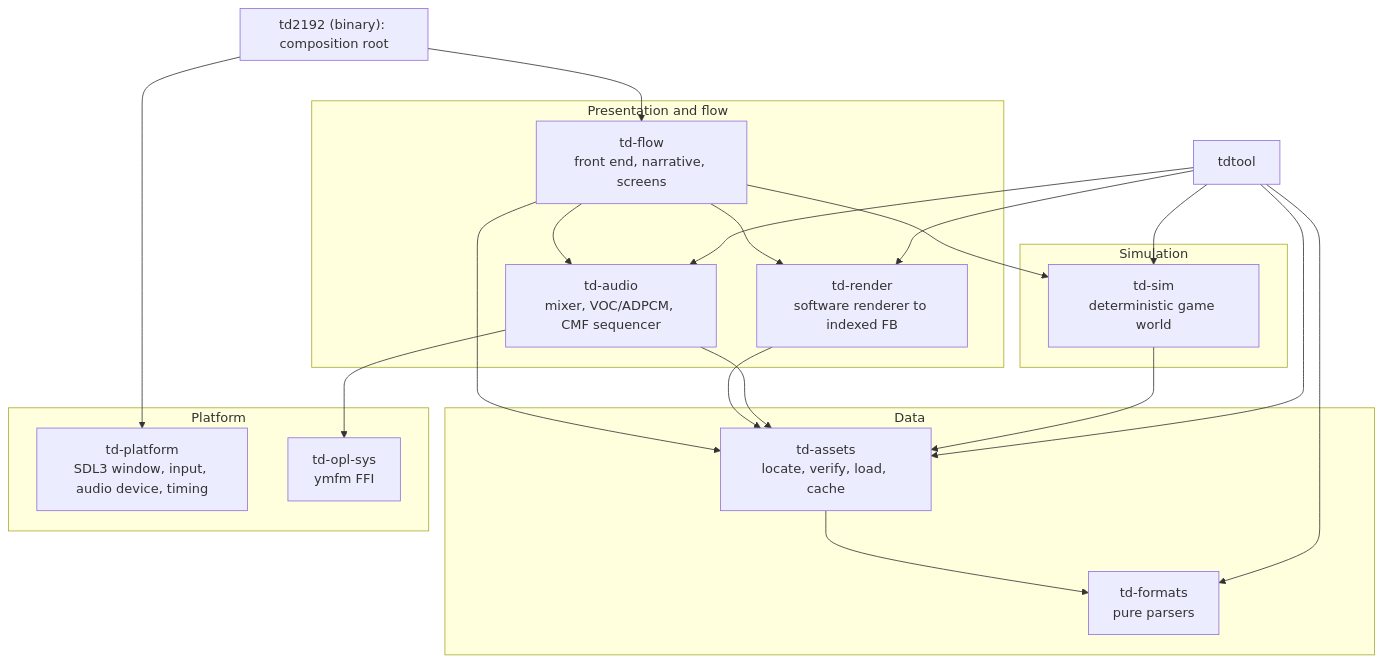
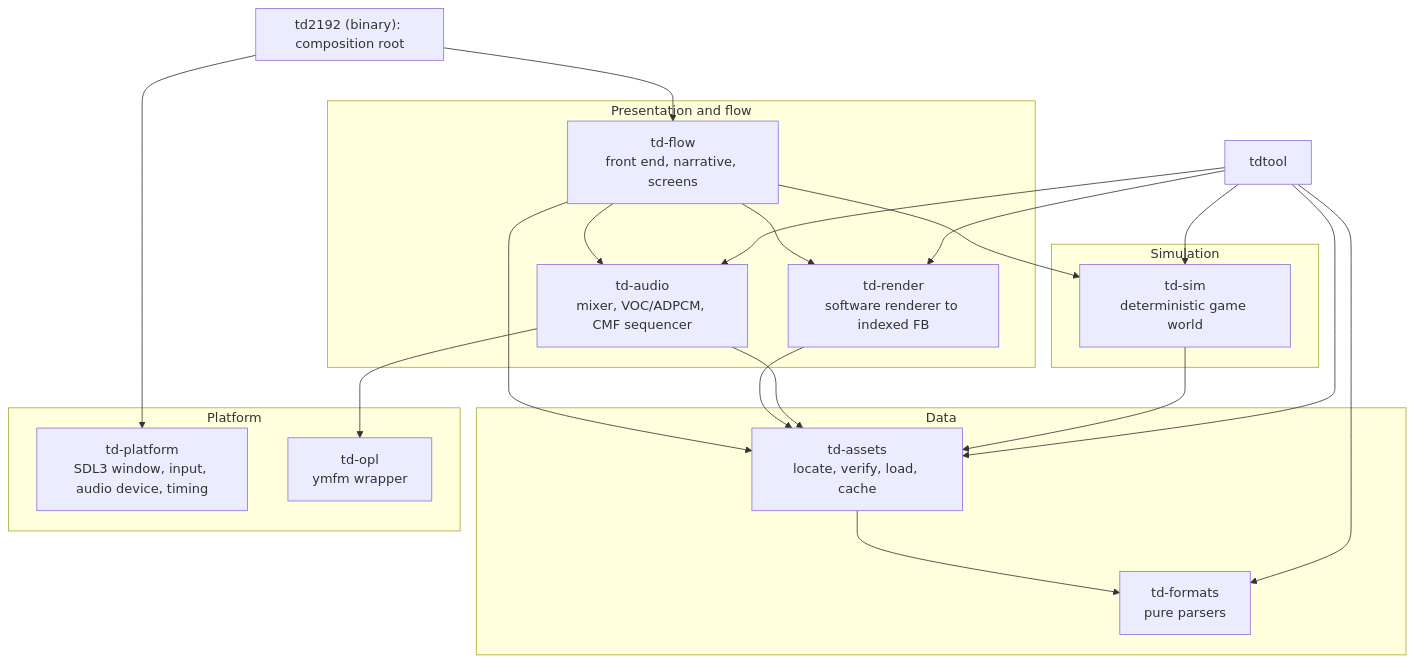
The second of 4 diagrams in docs/MASTER_DESIGN_GUIDE.md (jeddhor/TD2192-Modern), drawn with Mermaid before and after one commit. The commit also changed other lines of this file and 52 other files, not shown here.

````diff
--- a/docs/MASTER_DESIGN_GUIDE.md
+++ b/docs/MASTER_DESIGN_GUIDE.md
@@ -334,28 +334,28 @@
 ```mermaid
 flowchart TB
     subgraph APP["td2192 (binary): composition root"]
     end
     subgraph PRES["Presentation and flow"]
         FLOW[td-flow<br/>front end, narrative, screens]
         RENDER[td-render<br/>software renderer to indexed FB]
         AUDIO[td-audio<br/>mixer, VOC/ADPCM, CMF sequencer]
     end
     subgraph CORE["Simulation"]
         SIM[td-sim<br/>deterministic game world]
     end
     subgraph DATA["Data"]
         ASSETS[td-assets<br/>locate, verify, load, cache]
         FORMATS[td-formats<br/>pure parsers]
     end
     subgraph PLAT["Platform"]
         PLATFORM[td-platform<br/>SDL3 window, input, audio device, timing]
-        OPL[td-opl-sys<br/>ymfm FFI]
+        OPL[td-opl<br/>ymfm wrapper]
     end
     APP --> FLOW & PLATFORM
     FLOW --> SIM & RENDER & AUDIO & ASSETS
     RENDER --> ASSETS
     AUDIO --> ASSETS & OPL
     SIM --> ASSETS
     ASSETS --> FORMATS
     TOOLS[tdtool] --> FORMATS & ASSETS & RENDER & AUDIO & SIM
 ```
````
